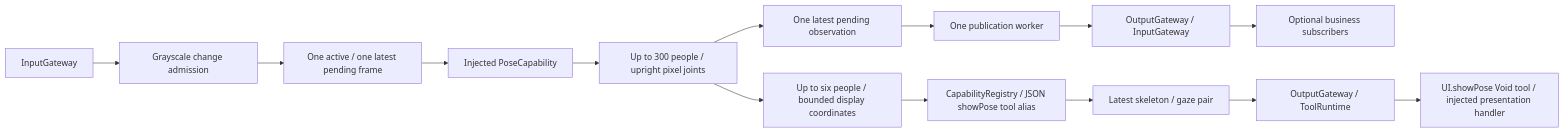
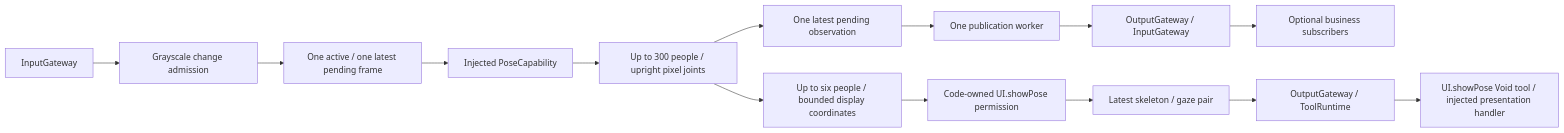
The first of 3 diagrams in MobileHarness/Agents/VisionPerception/README.md (devilyouwei/MobileHarness), drawn with Mermaid before and after one commit. The commit also changed other lines of this file and 97 other files, not shown here.

````diff
--- a/MobileHarness/Agents/VisionPerception/README.md
+++ b/MobileHarness/Agents/VisionPerception/README.md
@@ -5,16 +5,16 @@
 ```mermaid
 flowchart LR
     InputGateway --> Filter[Grayscale change admission]
     Filter --> Latest[One active / one latest pending frame]
     Latest --> Model[Injected PoseCapability]
     Model --> Observation[Up to 300 people / upright pixel joints]
     Observation --> Pending[One latest pending observation]
     Pending --> Publisher[One publication worker]
     Publisher --> Publication[OutputGateway / InputGateway]
     Publication --> Subscribers[Optional business subscribers]
     Observation --> Overlay[Up to six people / bounded display coordinates]
-    Overlay --> Generator[CapabilityRegistry / JSON showPose tool alias]
+    Overlay --> Generator[Code-owned UI.showPose permission]
     Generator --> Output[Latest skeleton / gaze pair]
     Output --> Gateway[OutputGateway / ToolRuntime]
     Gateway --> Action[UI.showPose Void tool / injected presentation handler]
 ```
````
